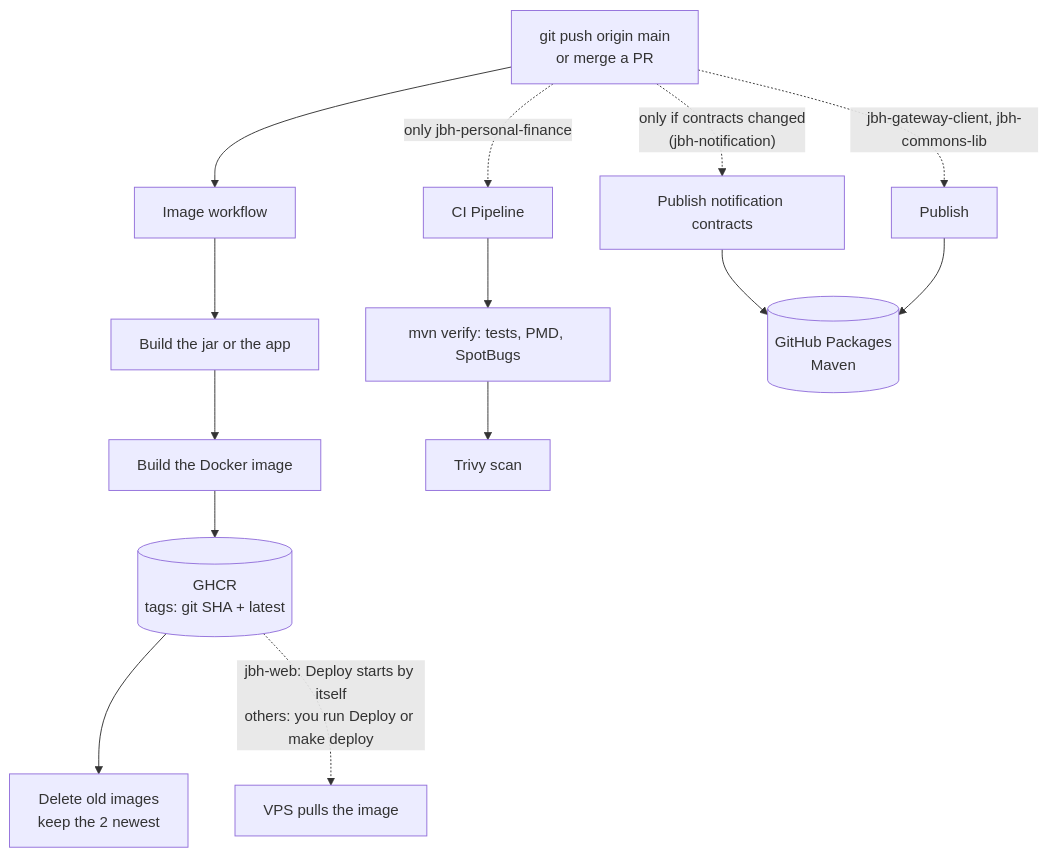
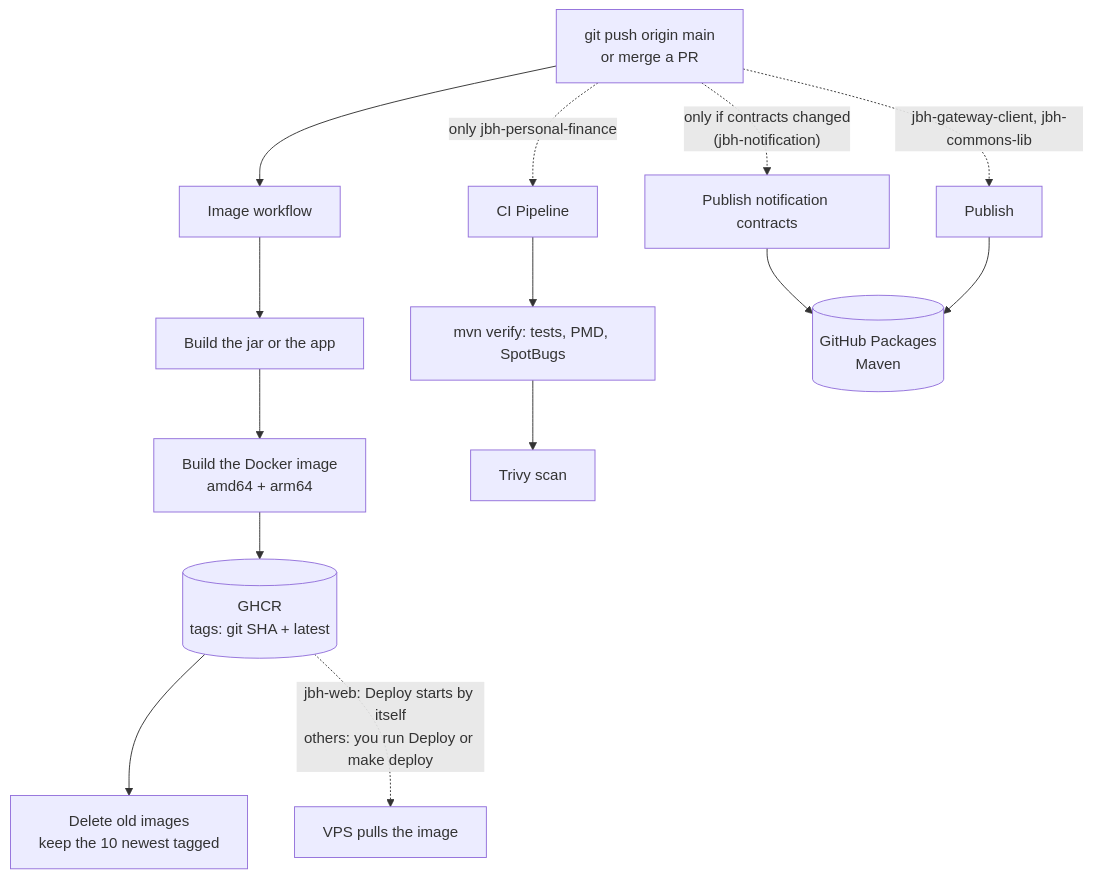
The diagram in CI.md (kkpa-jbh/jbh-deploy), drawn with Mermaid before and after one commit. The commit also changed other lines of this file and 3 other files, not shown here.

````diff
--- a/CI.md
+++ b/CI.md
@@ -40,20 +41,20 @@
 ```mermaid
 flowchart TD
     push[git push origin main<br/>or merge a PR] --> img[Image workflow]
     push -. only jbh-personal-finance .-> ci[CI Pipeline]
     push -. only if contracts changed<br/>(jbh-notification) .-> pc[Publish notification contracts]
     push -. jbh-gateway-client, jbh-commons-lib .-> pub[Publish]
 
     img --> build[Build the jar or the app]
-    build --> docker[Build the Docker image]
+    build --> docker[Build the Docker image<br/>amd64 + arm64]
     docker --> ghcr[(GHCR<br/>tags: git SHA + latest)]
-    ghcr --> clean[Delete old images<br/>keep the 2 newest]
+    ghcr --> clean[Delete old images<br/>keep the 10 newest tagged]
 
     ci --> tests[mvn verify: tests, PMD, SpotBugs]
     tests --> trivy[Trivy scan]
 
     pc --> pkg[(GitHub Packages<br/>Maven)]
     pub --> pkg
 
     ghcr -. jbh-web: Deploy starts by itself<br/>others: you run Deploy or make deploy .-> vps[VPS pulls the image]
 ```
````
